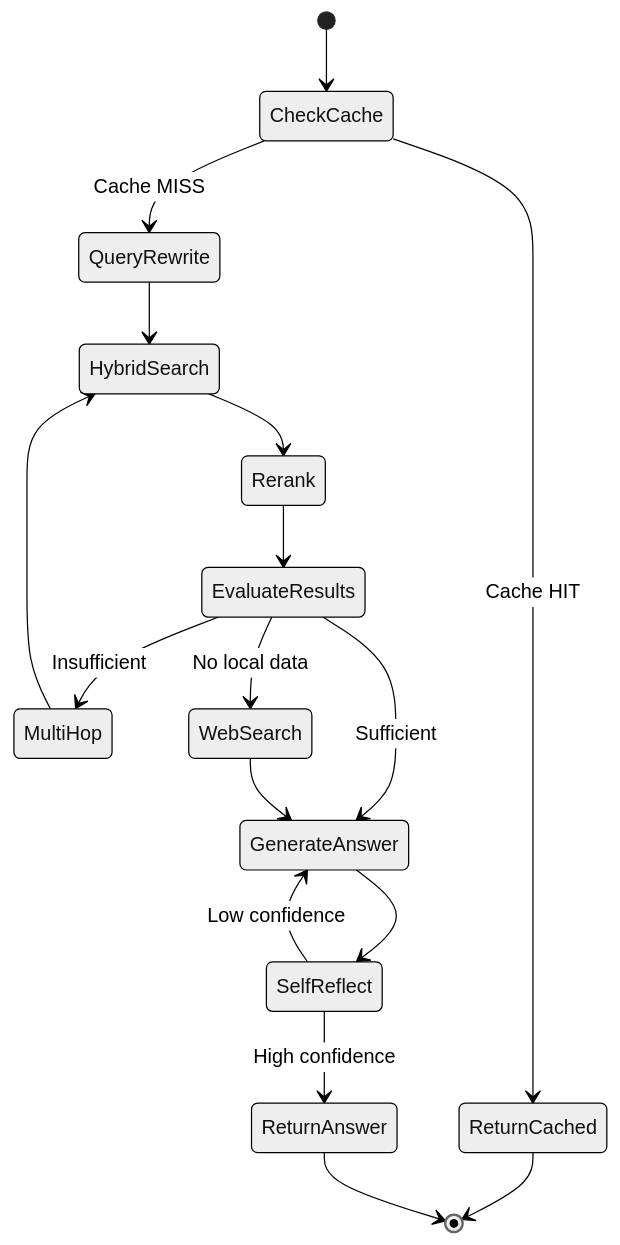
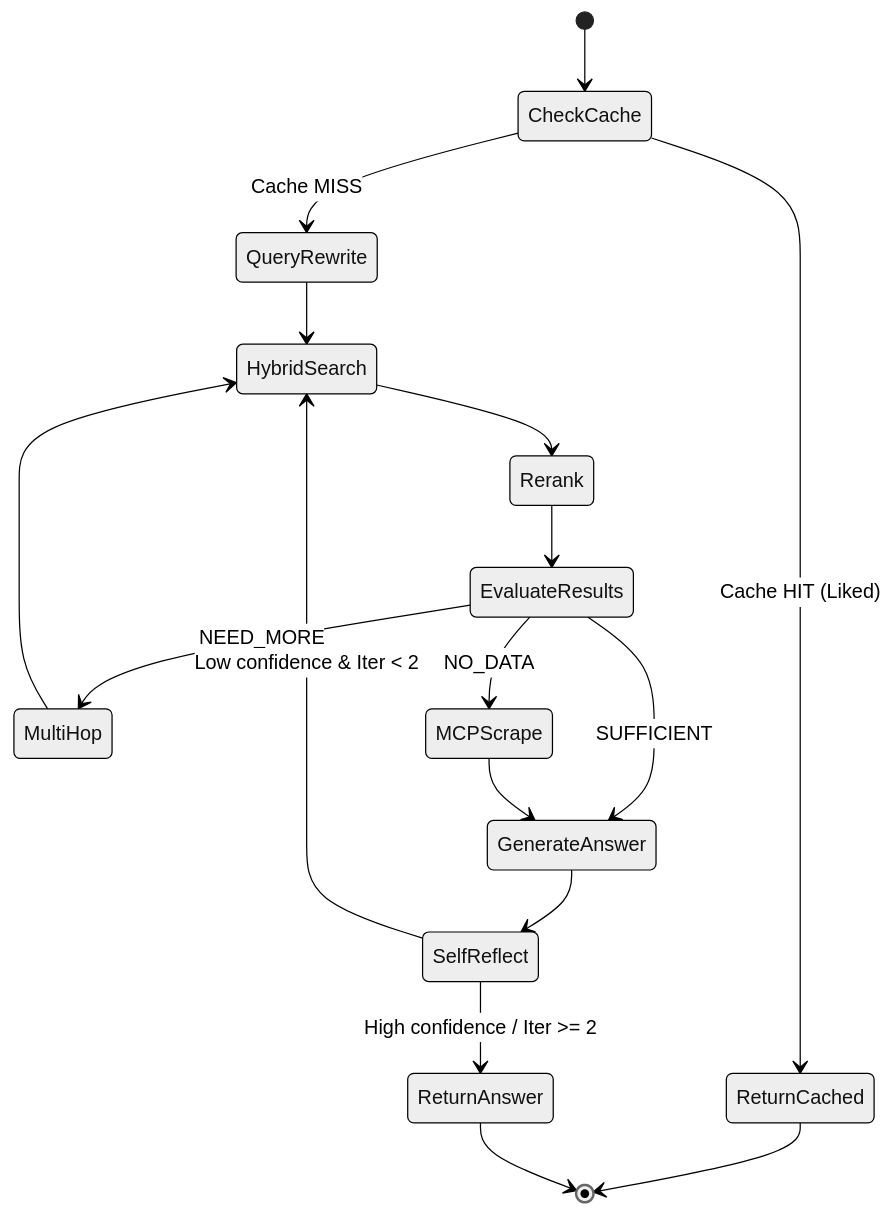
One commit to BennedictQuanTon/BKAi-Admission-System changed the third of 4 diagrams in README.md. Above: the diagram before and after it, drawn with Mermaid (neutral theme). The commit also changed other lines of this file, not shown here.

````diff
--- a/README.md
+++ b/README.md
@@ -185,24 +205,23 @@
 ```mermaid
 stateDiagram-v2
     [*] --> CheckCache
-    CheckCache --> ReturnCached: Cache HIT
+    CheckCache --> ReturnCached: Cache HIT (Liked)
     CheckCache --> QueryRewrite: Cache MISS
 
     QueryRewrite --> HybridSearch
     HybridSearch --> Rerank
     Rerank --> EvaluateResults
 
-    EvaluateResults --> MultiHop: Insufficient
-    EvaluateResults --> GenerateAnswer: Sufficient
+    EvaluateResults --> MultiHop: NEED_MORE
+    EvaluateResults --> MCPScrape: NO_DATA
+    EvaluateResults --> GenerateAnswer: SUFFICIENT
     MultiHop --> HybridSearch
 
-    EvaluateResults --> WebSearch: No local data
-    WebSearch --> GenerateAnswer
-
+    MCPScrape --> GenerateAnswer
     GenerateAnswer --> SelfReflect
-    SelfReflect --> GenerateAnswer: Low confidence
-    SelfReflect --> ReturnAnswer: High confidence
+    SelfReflect --> HybridSearch: Low confidence & Iter < 2
+    SelfReflect --> ReturnAnswer: High confidence / Iter >= 2
 
     ReturnCached --> [*]
     ReturnAnswer --> [*]
 ```
````
